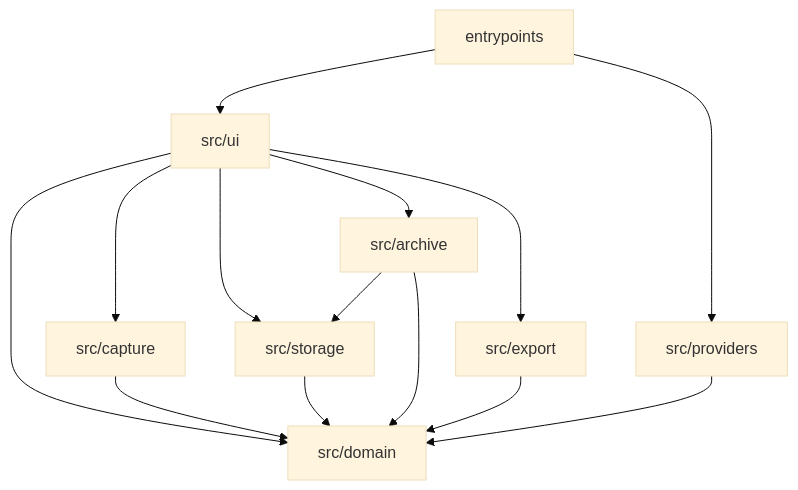
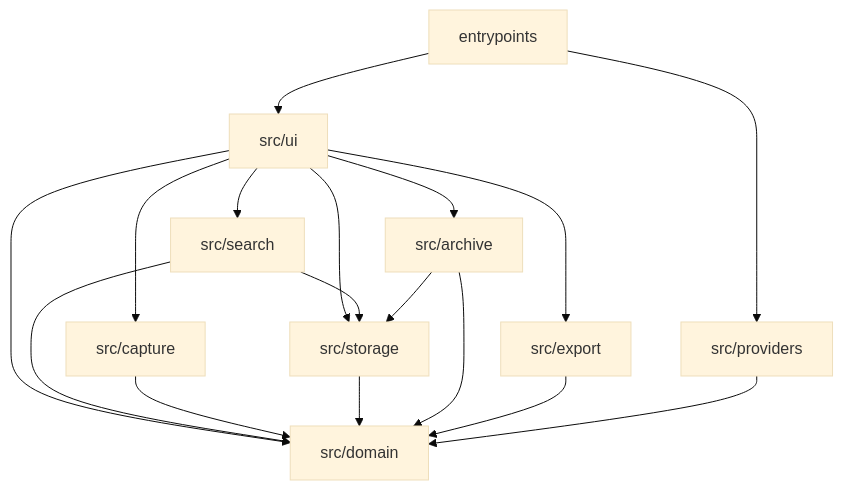
The second of 2 diagrams in docs/ARCHITECTURE.md (plaodas/trailogue), drawn with Mermaid (base theme) before and after one commit. The commit also changed other lines of this file and 11 other files, not shown here.

````diff
--- a/docs/ARCHITECTURE.md
+++ b/docs/ARCHITECTURE.md
@@ -42,16 +42,19 @@
 ```mermaid
 flowchart TD
     ui["src/ui"] --> capture["src/capture"]
     ui --> storage["src/storage"]
     ui --> archive["src/archive"]
     ui --> exportMd["src/export"]
     ui --> domain["src/domain"]
+    ui --> search["src/search"]
+    search --> domain
+    search --> storage
     capture --> domain
     storage --> domain
     archive --> storage
     archive --> domain
     exportMd --> domain
     providers["src/providers"] --> domain
     entry["entrypoints"] --> providers
     entry --> ui
 ```
````
